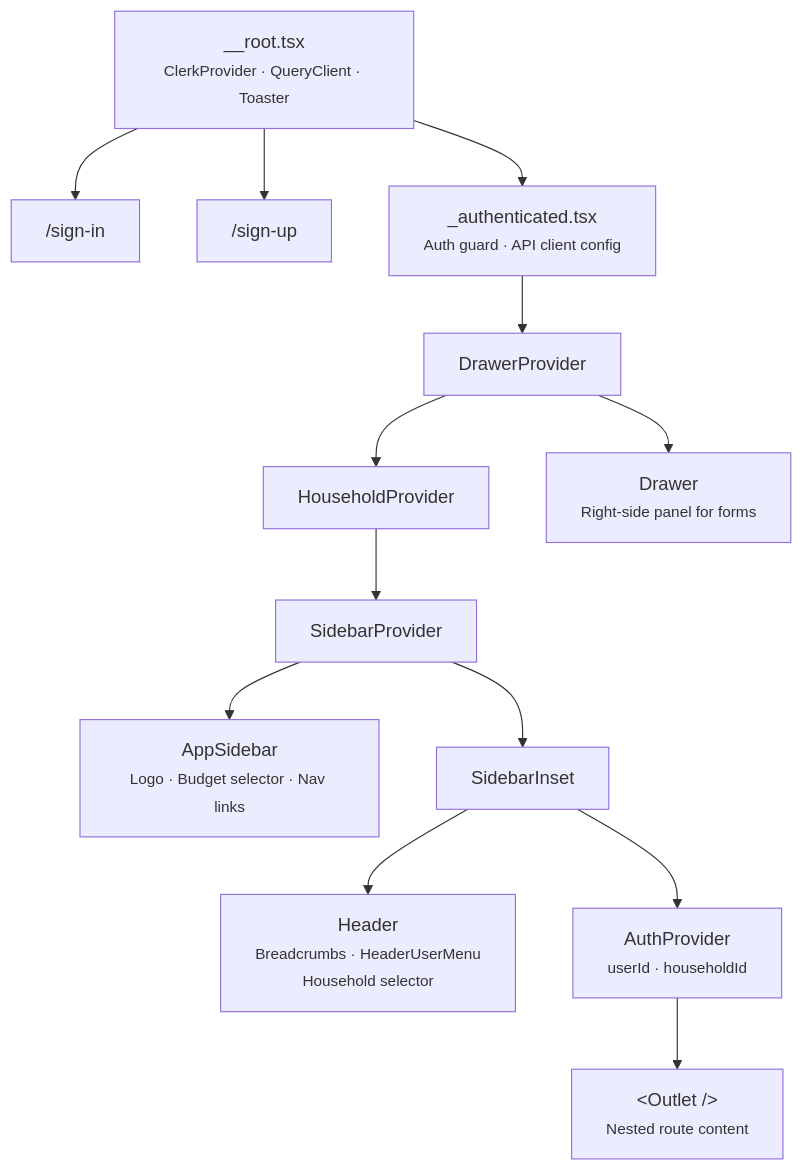
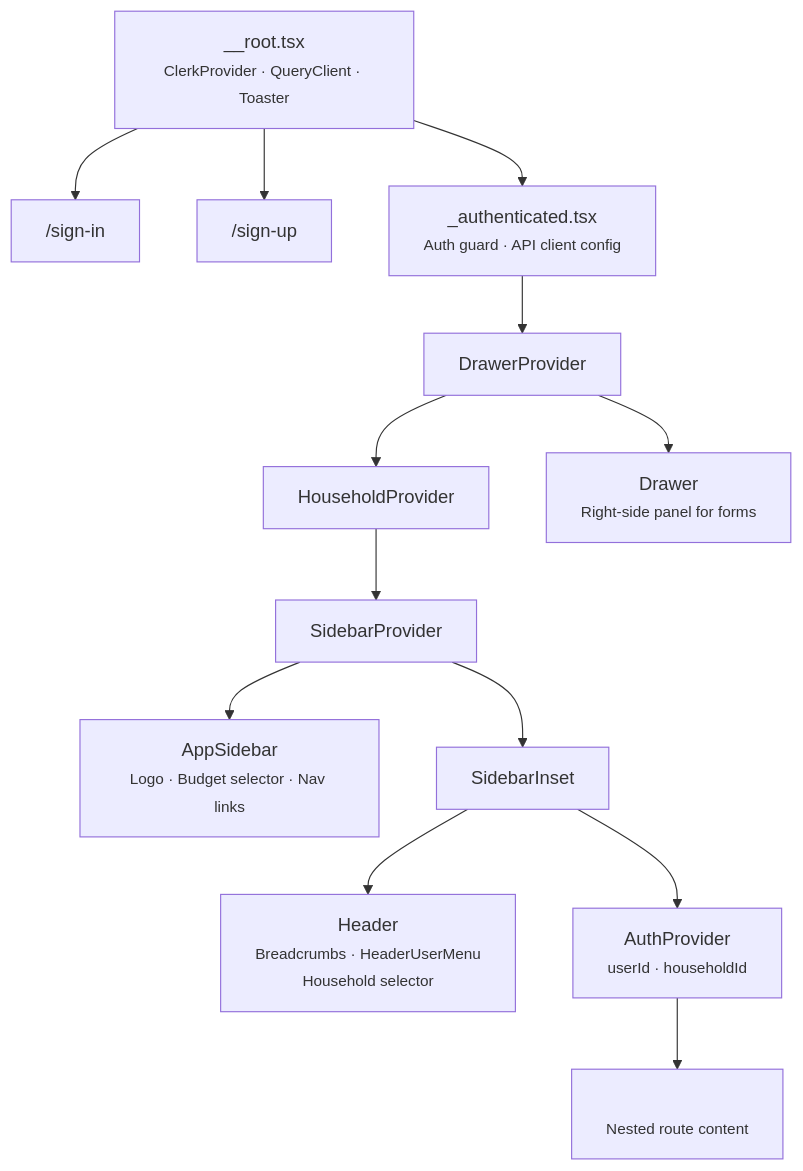
One commit to jonssons-io/project-yoshi changed the second of 7 diagrams in docs/APPLICATION.md. Above: the diagram before and after it, drawn with Mermaid. The commit also changed other lines of this file and 2 other files, not shown here.

````diff
--- a/docs/APPLICATION.md
+++ b/docs/APPLICATION.md
@@ -150,21 +164,21 @@
 ```mermaid
 graph TD
     Root["__root.tsx<br/><small>ClerkProvider · QueryClient · Toaster</small>"]
 
     Root --> SignIn["/sign-in"]
     Root --> SignUp["/sign-up"]
     Root --> Auth["_authenticated.tsx<br/><small>Auth guard · API client config</small>"]
 
     Auth --> DrawerProvider
     DrawerProvider --> HouseholdProvider
     HouseholdProvider --> SidebarProvider
 
     SidebarProvider --> AppSidebar["AppSidebar<br/><small>Logo · Budget selector · Nav links</small>"]
     SidebarProvider --> SidebarInset
 
     SidebarInset --> Header["Header<br/><small>Breadcrumbs · HeaderUserMenu<br/>Household selector</small>"]
     SidebarInset --> AuthProvider["AuthProvider<br/><small>userId · householdId</small>"]
-    AuthProvider --> Outlet["&lt;Outlet /&gt;<br/><small>Nested route content</small>"]
+    AuthProvider --> Outlet["<Outlet /><br/><small>Nested route content</small>"]
 
     DrawerProvider --> Drawer["Drawer<br/><small>Right-side panel for forms</small>"]
 ```
````
